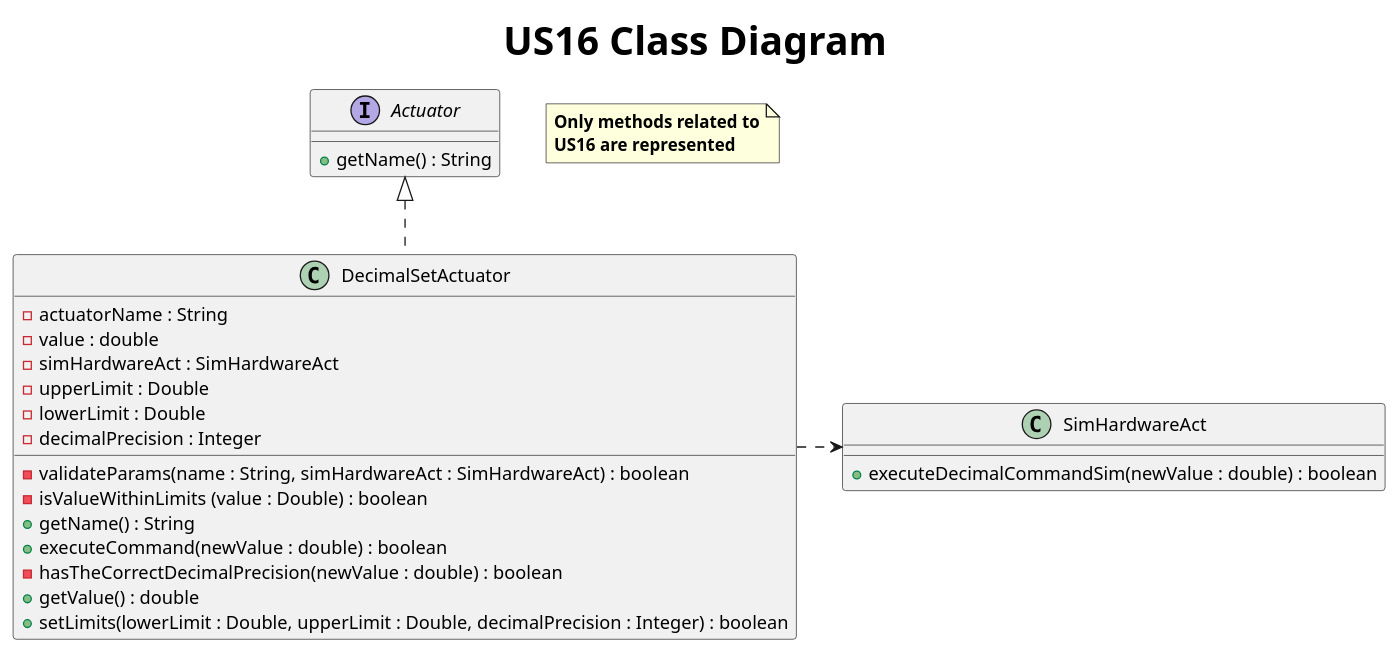
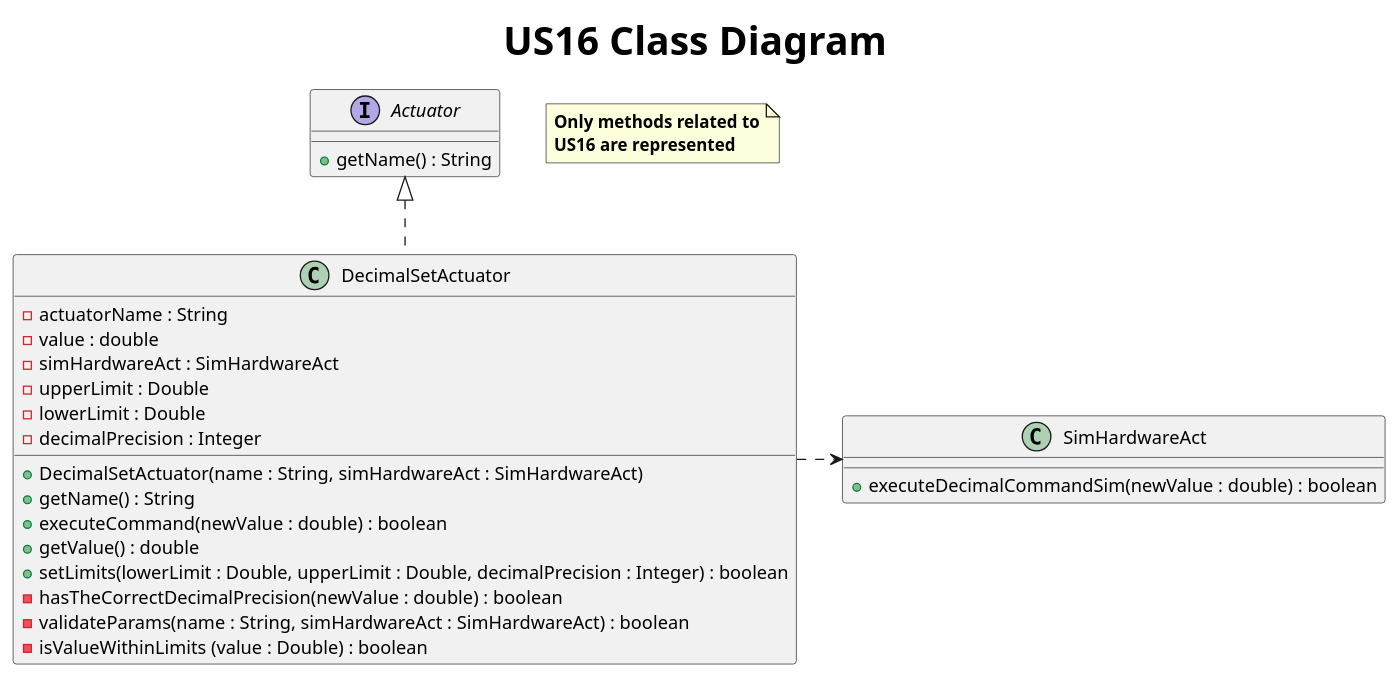
One commit to AfonsoNeves77/smartHouse changed the diagram in Docs/US16/S3US16ClassDiagram.puml. Above: the diagram before and after it, drawn with PlantUML. The commit also changed 3 other files, not shown here.

Commit message:
Team review: added actuator constructor methods and its parameters to actuactor class diagrams.

```diff
--- a/Docs/US16/S3US16ClassDiagram.puml
+++ b/Docs/US16/S3US16ClassDiagram.puml
@@ -1,32 +1,33 @@
 @startuml
 title <size: 30> US16 Class Diagram
 
 note "<b>Only methods related to\n<b>US16 are represented" as 1
 interface Actuator {
     + getName() : String
 }
 
 class DecimalSetActuator{
     - actuatorName : String
     - value : double
     - simHardwareAct : SimHardwareAct
     - upperLimit : Double
     - lowerLimit : Double
     - decimalPrecision : Integer
 
+    + DecimalSetActuator(name : String, simHardwareAct : SimHardwareAct)
+    + getName() : String
+    + executeCommand(newValue : double) : boolean
+    + getValue() : double
+    + setLimits(lowerLimit : Double, upperLimit : Double, decimalPrecision : Integer) : boolean
+    - hasTheCorrectDecimalPrecision(newValue : double) : boolean
     - validateParams(name : String, simHardwareAct : SimHardwareAct) : boolean
     - isValueWithinLimits (value : Double) : boolean
-    + getName() : String
-    + executeCommand(newValue : double) : boolean
-    - hasTheCorrectDecimalPrecision(newValue : double) : boolean
-    + getValue() : double
-    + setLimits(lowerLimit : Double, upperLimit : Double, decimalPrecision : Integer) : boolean
 }
 
 class SimHardwareAct {
     + executeDecimalCommandSim(newValue : double) : boolean
 }
 
 Actuator <|.. DecimalSetActuator
 DecimalSetActuator .right.> SimHardwareAct
 @enduml
```
